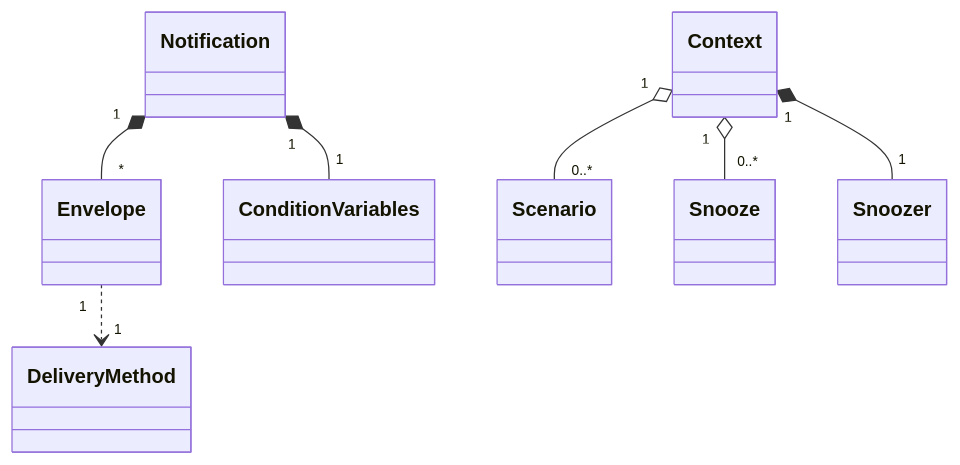
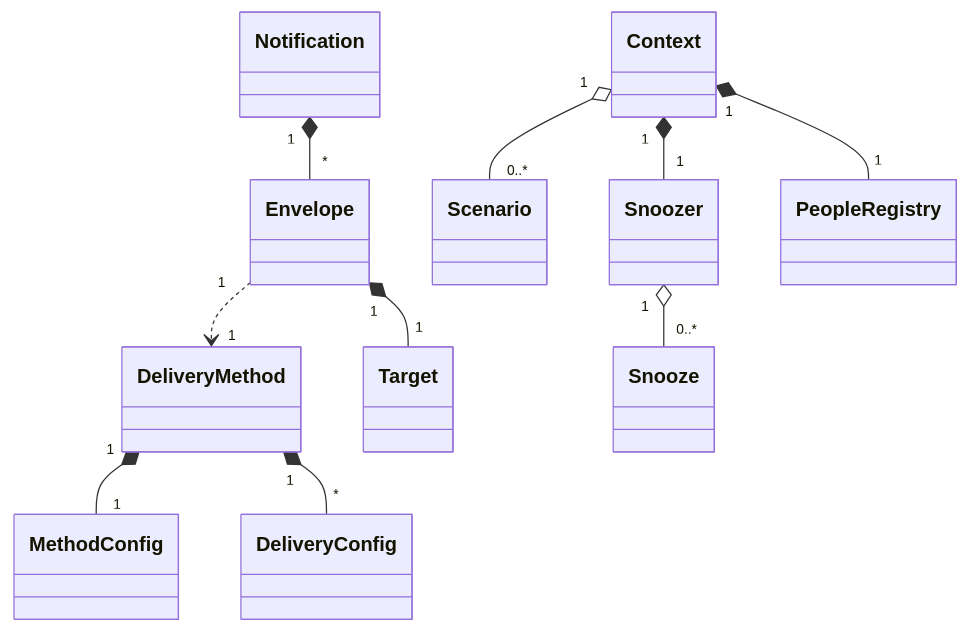
The diagram in docs/developer/classes.md (rhizomatics/supernotify), drawn with Mermaid before and after one commit. The commit also changed other lines of this file, not shown here.

````diff
--- a/docs/developer/classes.md
+++ b/docs/developer/classes.md
@@ -3,10 +3,13 @@
 ```mermaid
 classDiagram
 
   Notification "1" *-- "*" Envelope
-  Notification "1" *-- "1" ConditionVariables
   Envelope "1" ..> "1" DeliveryMethod
+  DeliveryMethod "1" *-- "1" MethodConfig
+  Envelope "1" *-- "1" Target
+  DeliveryMethod "1" *-- "*" DeliveryConfig
   Context "1" o-- "0..*" Scenario
-  Context "1" o-- "0..*" Snooze
+  Snoozer "1" o-- "0..*" Snooze
   Context "1" *-- "1" Snoozer
+  Context "1" *-- "1" PeopleRegistry
 ```
````
